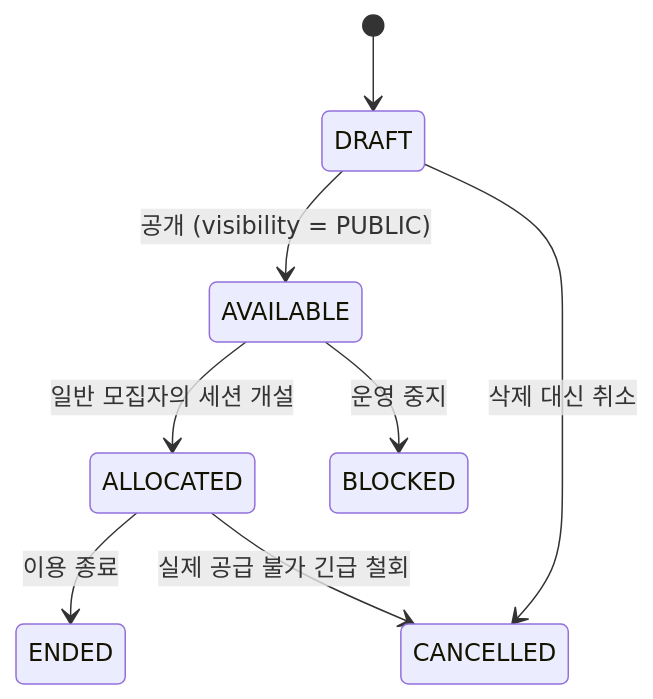
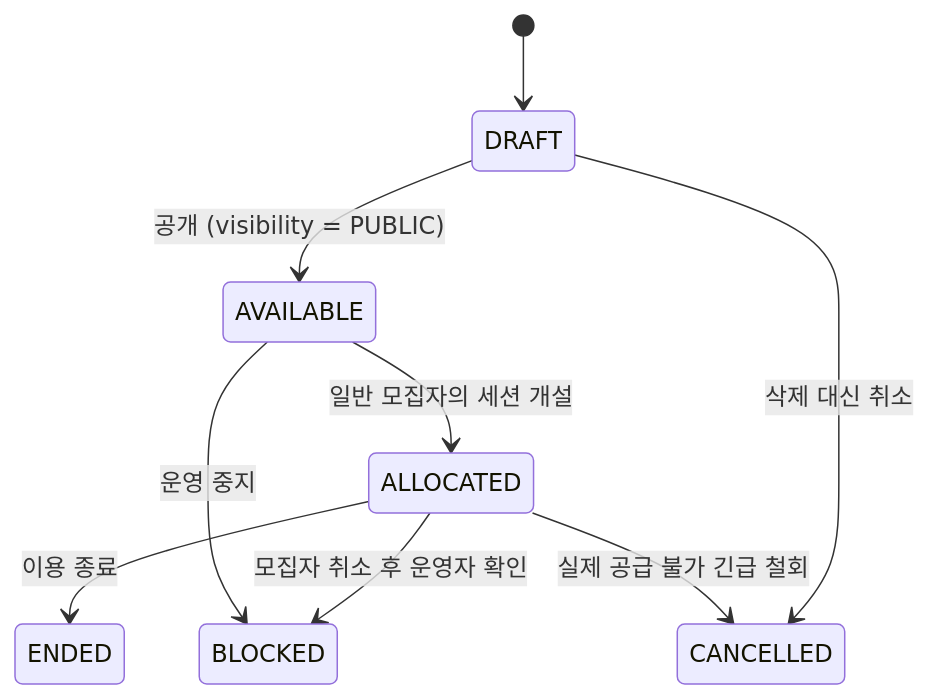
Before and after one commit to jsl0319/tennis-mate: the sixth of 6 diagrams in docs/04-erd.md, drawn with Mermaid. The commit also changed other lines of this file and 10 other files, not shown here.

````diff
--- a/docs/04-erd.md
+++ b/docs/04-erd.md
@@ -1049,10 +1049,11 @@
 ```mermaid
 stateDiagram-v2
     [*] --> DRAFT
     DRAFT --> AVAILABLE: 공개 (visibility = PUBLIC)
     AVAILABLE --> ALLOCATED: 일반 모집자의 세션 개설
     AVAILABLE --> BLOCKED: 운영 중지
     ALLOCATED --> ENDED: 이용 종료
+    ALLOCATED --> BLOCKED: 모집자 취소 후 운영자 확인
     ALLOCATED --> CANCELLED: 실제 공급 불가 긴급 철회
     DRAFT --> CANCELLED: 삭제 대신 취소
 ```
````
